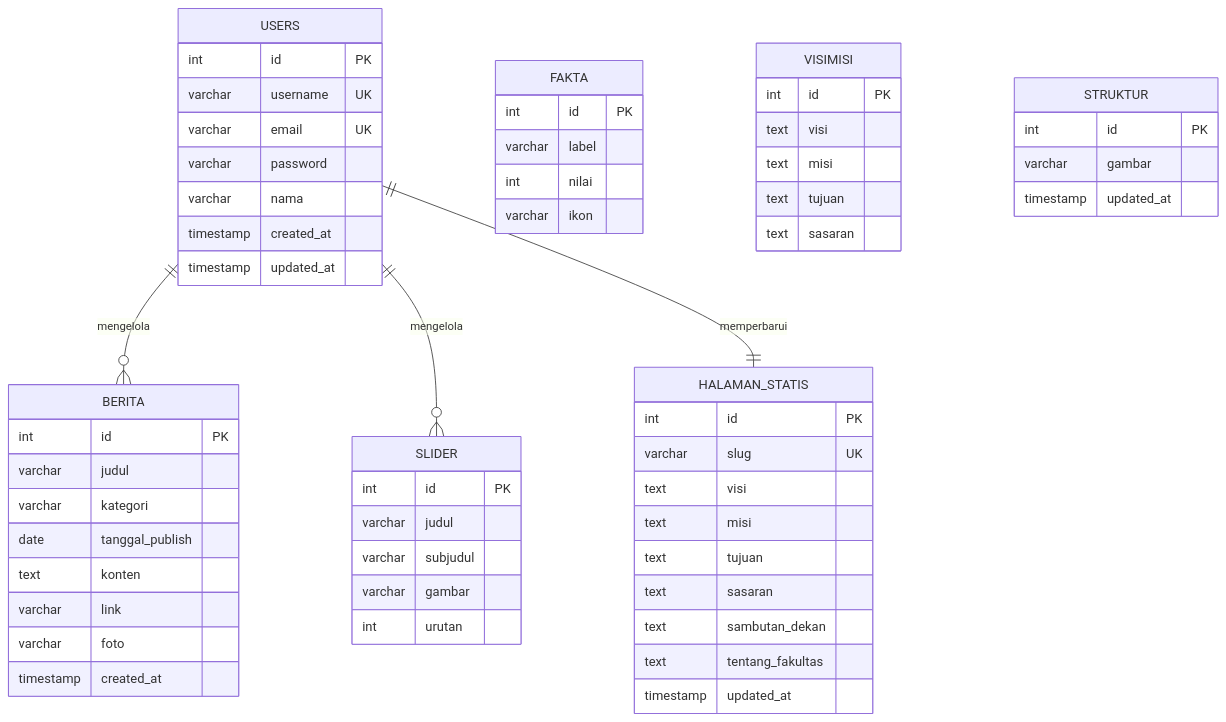
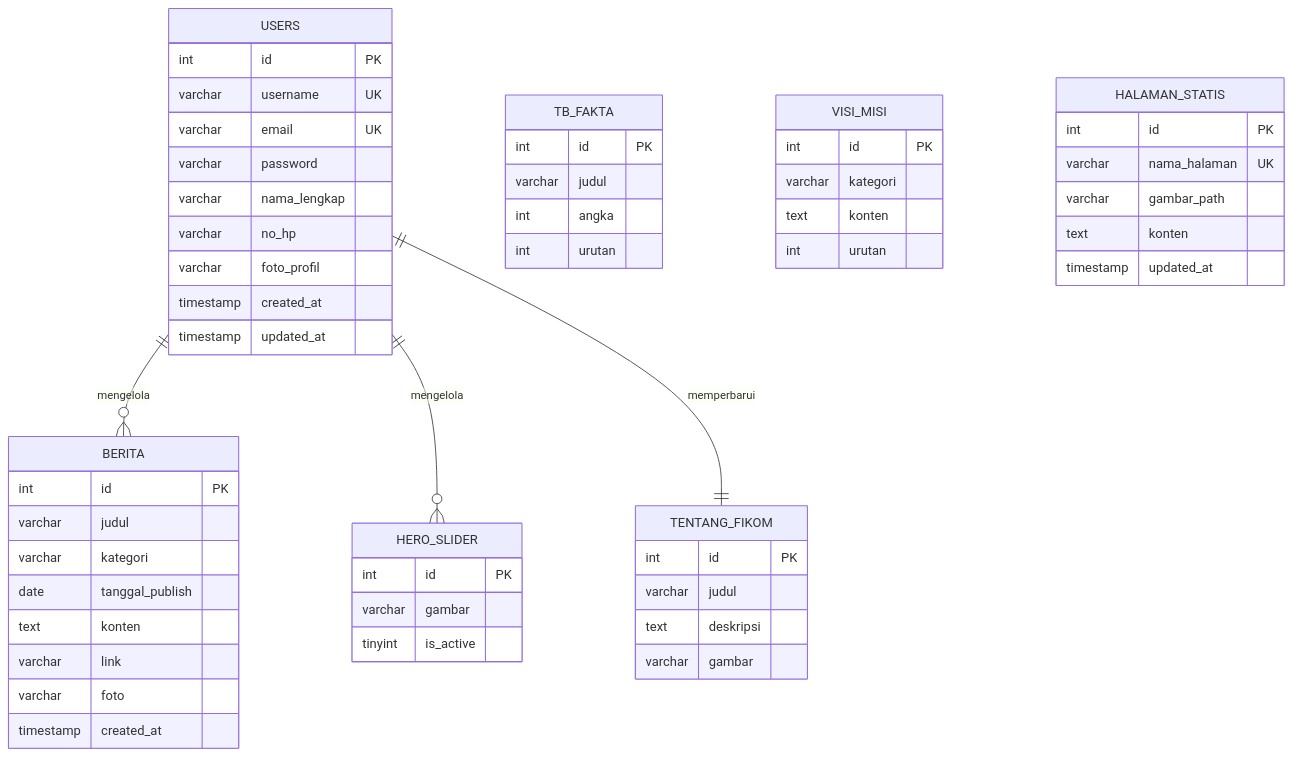
The first of 2 diagrams in docs/03_ERD_SKEMA_DATABASE.md (arbain-dev/Web_fikom), drawn with Mermaid before and after one commit. The commit also changed other lines of this file, not shown here.

Commit message:
fix(docs): sesuaikan skema database dengan struktur tabel phpMyAdmin yang sebenarnya

````diff
--- a/docs/03_ERD_SKEMA_DATABASE.md
+++ b/docs/03_ERD_SKEMA_DATABASE.md
@@ -19,68 +26,64 @@
 ```mermaid
 erDiagram
     USERS {
         int id PK
         varchar username UK
         varchar email UK
         varchar password
-        varchar nama
+        varchar nama_lengkap
+        varchar no_hp
+        varchar foto_profil
         timestamp created_at
         timestamp updated_at
     }
 
     BERITA {
         int id PK
         varchar judul
         varchar kategori
         date tanggal_publish
         text konten
         varchar link
         varchar foto
         timestamp created_at
     }
 
-    SLIDER {
+    HERO_SLIDER {
+        int id PK
+        varchar gambar
+        tinyint is_active
+    }
+
+    TB_FAKTA {
         int id PK
         varchar judul
-        varchar subjudul
+        int angka
+        int urutan
+    }
+
+    TENTANG_FIKOM {
+        int id PK
+        varchar judul
+        text deskripsi
         varchar gambar
+    }
+
+    VISI_MISI {
+        int id PK
+        varchar kategori
+        text konten
         int urutan
     }
 
     HALAMAN_STATIS {
         int id PK
-        varchar slug UK
-        text visi
-        text misi
-        text tujuan
-        text sasaran
-        text sambutan_dekan
-        text tentang_fakultas
-        timestamp updated_at
-    }
-
-    FAKTA {
-        int id PK
-        varchar label
-        int nilai
-        varchar ikon
-    }
-
-    VISIMISI {
-        int id PK
-        text visi
-        text misi
-        text tujuan
-        text sasaran
-    }
-
-    STRUKTUR {
-        int id PK
-        varchar gambar
+        varchar nama_halaman UK
+        varchar gambar_path
+        text konten
         timestamp updated_at
     }
 
     USERS ||--o{ BERITA : "mengelola"
-    USERS ||--o{ SLIDER : "mengelola"
-    USERS ||--|| HALAMAN_STATIS : "memperbarui"
+    USERS ||--o{ HERO_SLIDER : "mengelola"
+    USERS ||--|| TENTANG_FIKOM : "memperbarui"
 ```
````
